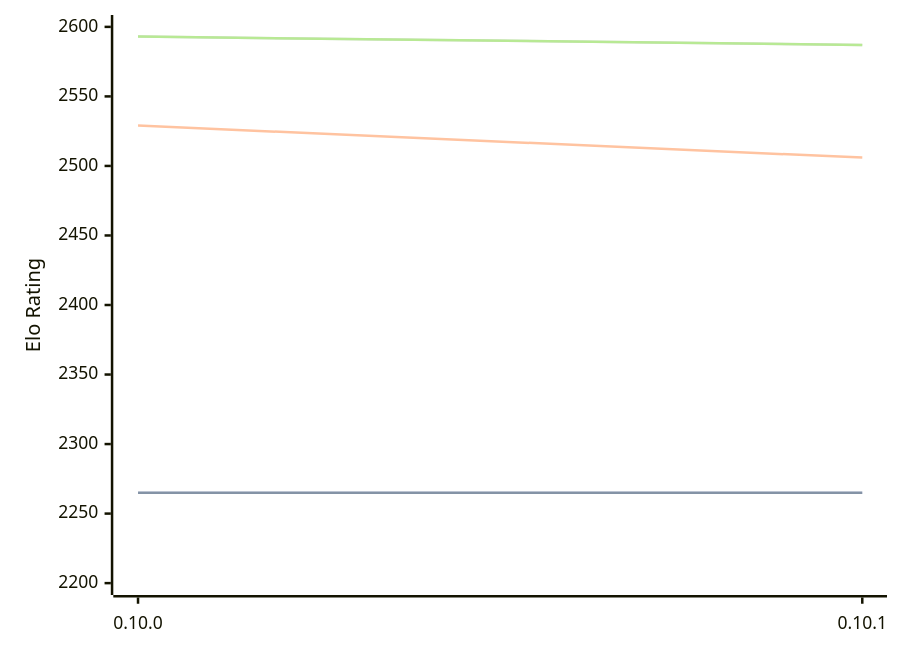
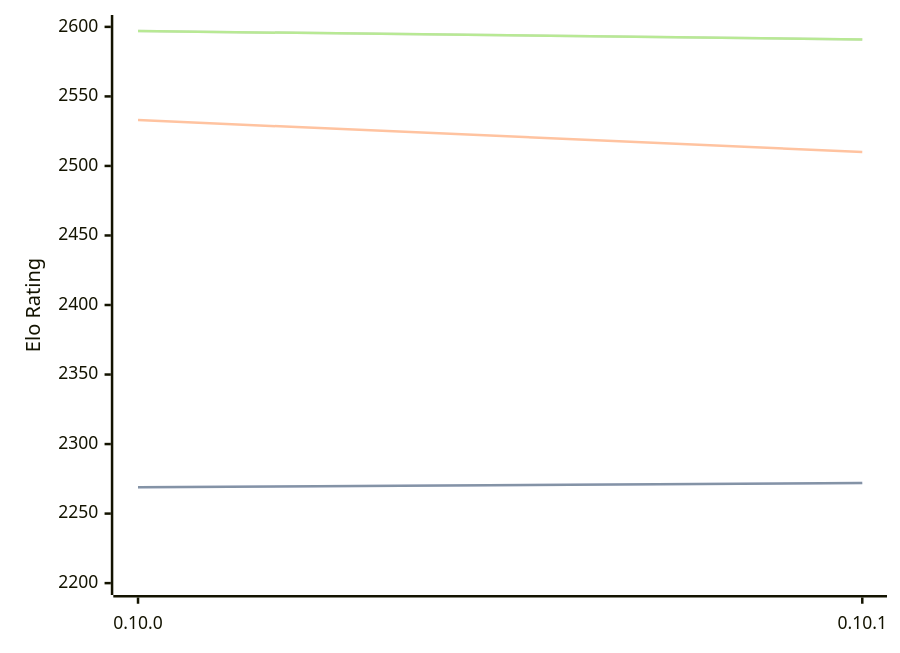
Before and after one commit to computer-chess-index/cci: the diagram in engines/Fatalii.md, drawn with Mermaid. The commit also changed other lines of this file, not shown here.

Commit message:
Update CCI Ratings (ELO VLTC) - 2026-08-18

````diff
--- a/engines/Fatalii.md
+++ b/engines/Fatalii.md
@@ -32,11 +32,11 @@
 ```mermaid
 %%{init: {"theme":"base","themeVariables":{"seriesColors:['#a3a3a3','#222221','#faa371']}}}%%
 xychart-beta
   x-axis ["0.10.0", "0.10.1"]
   y-axis "Elo Rating" 2200 --> 2600
-  line "STC (8.0+0.08s)" [2265, 2265]
-  line "STC (8.0+0.08s)" [2265, 2265]
-  line "LTC (60.0+0.60s)" [2529, 2506]
-  line "VLTC (2m24s+1.12s)" [2593, 2587]
-  line "VLTC (2m24s+1.12s)" [2593, 2587]
+  line "STC (8.0+0.08s)" [2269, 2272]
+  line "STC (8.0+0.08s)" [2269, 2272]
+  line "LTC (60.0+0.60s)" [2533, 2510]
+  line "VLTC (2m24s+1.12s)" [2597, 2591]
+  line "VLTC (2m24s+1.12s)" [2597, 2591]
 ```
````
